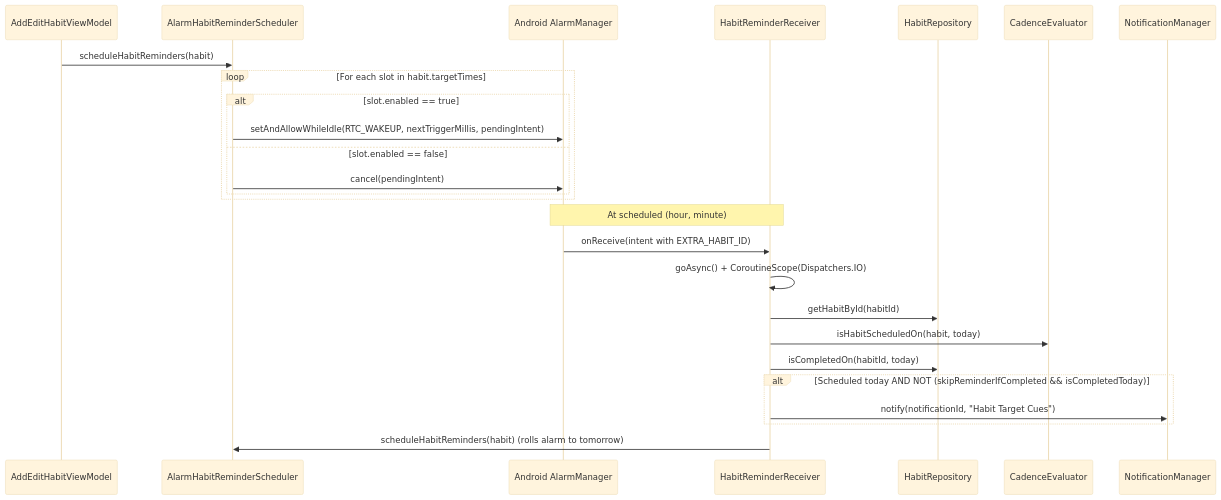
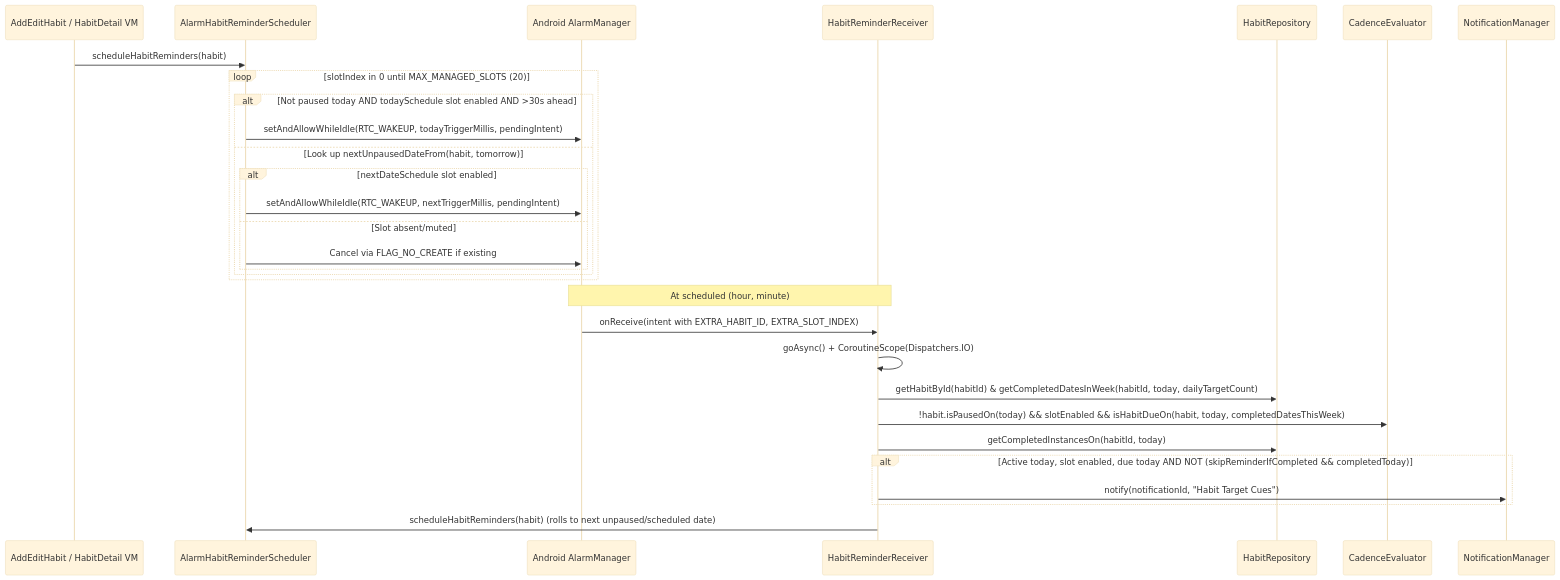
One commit to Vlad2000Andrei/rhythm changed the second of 2 diagrams in docs/persistence-and-reminders.md. Above: the diagram before and after it, drawn with Mermaid (base theme). The commit also changed other lines of this file and 36 other files, not shown here.

First line of the commit message:
Add effective-dated habit edits, modular Room v5 schema, and habit pausing

````diff
--- a/docs/persistence-and-reminders.md
+++ b/docs/persistence-and-reminders.md
@@ -97,30 +113,34 @@
 ```mermaid
 sequenceDiagram
-    participant VM as AddEditHabitViewModel
+    participant VM as AddEditHabit / HabitDetail VM
     participant Sched as AlarmHabitReminderScheduler
     participant AM as Android AlarmManager
     participant Rcv as HabitReminderReceiver
     participant Repo as HabitRepository
     participant Eval as CadenceEvaluator
     participant NM as NotificationManager
 
     VM->>Sched: scheduleHabitReminders(habit)
-    loop For each slot in habit.targetTimes
-        alt slot.enabled == true
-            Sched->>AM: setAndAllowWhileIdle(RTC_WAKEUP, nextTriggerMillis, pendingIntent)
-        else slot.enabled == false
-            Sched->>AM: cancel(pendingIntent)
+    loop slotIndex in 0 until MAX_MANAGED_SLOTS (20)
+        alt Not paused today AND todaySchedule slot enabled AND >30s ahead
+            Sched->>AM: setAndAllowWhileIdle(RTC_WAKEUP, todayTriggerMillis, pendingIntent)
+        else Look up nextUnpausedDateFrom(habit, tomorrow)
+            alt nextDateSchedule slot enabled
+                Sched->>AM: setAndAllowWhileIdle(RTC_WAKEUP, nextTriggerMillis, pendingIntent)
+            else Slot absent/muted
+                Sched->>AM: Cancel via FLAG_NO_CREATE if existing
+            end
         end
     end
 
     Note over AM,Rcv: At scheduled (hour, minute)
-    AM->>Rcv: onReceive(intent with EXTRA_HABIT_ID)
+    AM->>Rcv: onReceive(intent with EXTRA_HABIT_ID, EXTRA_SLOT_INDEX)
     Rcv->>Rcv: goAsync() + CoroutineScope(Dispatchers.IO)
-    Rcv->>Repo: getHabitById(habitId)
-    Rcv->>Eval: isHabitScheduledOn(habit, today)
-    Rcv->>Repo: isCompletedOn(habitId, today)
-    alt Scheduled today AND NOT (skipReminderIfCompleted && isCompletedToday)
+    Rcv->>Repo: getHabitById(habitId) & getCompletedDatesInWeek(habitId, today, dailyTargetCount)
+    Rcv->>Eval: !habit.isPausedOn(today) && slotEnabled && isHabitDueOn(habit, today, completedDatesThisWeek)
+    Rcv->>Repo: getCompletedInstancesOn(habitId, today)
+    alt Active today, slot enabled, due today AND NOT (skipReminderIfCompleted && completedToday)
         Rcv->>NM: notify(notificationId, "Habit Target Cues")
     end
-    Rcv->>Sched: scheduleHabitReminders(habit) (rolls alarm to tomorrow)
+    Rcv->>Sched: scheduleHabitReminders(habit) (rolls to next unpaused/scheduled date)
 ```
````
